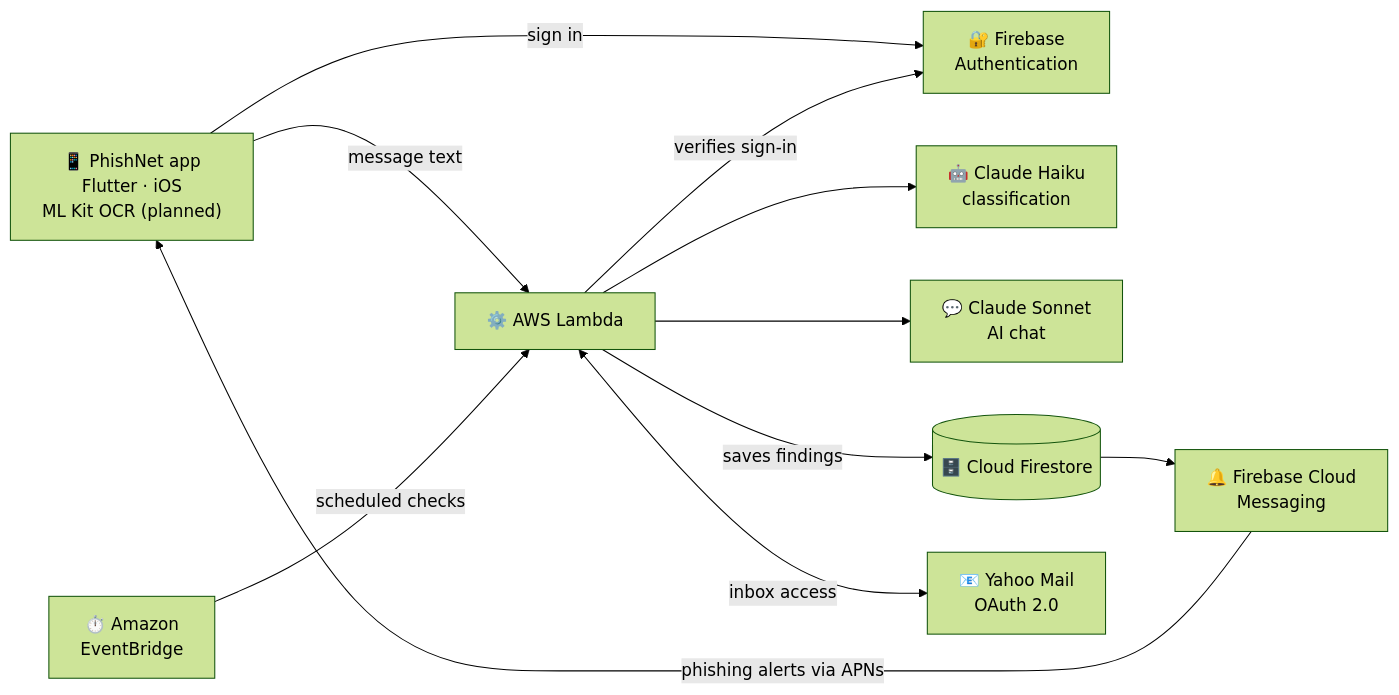
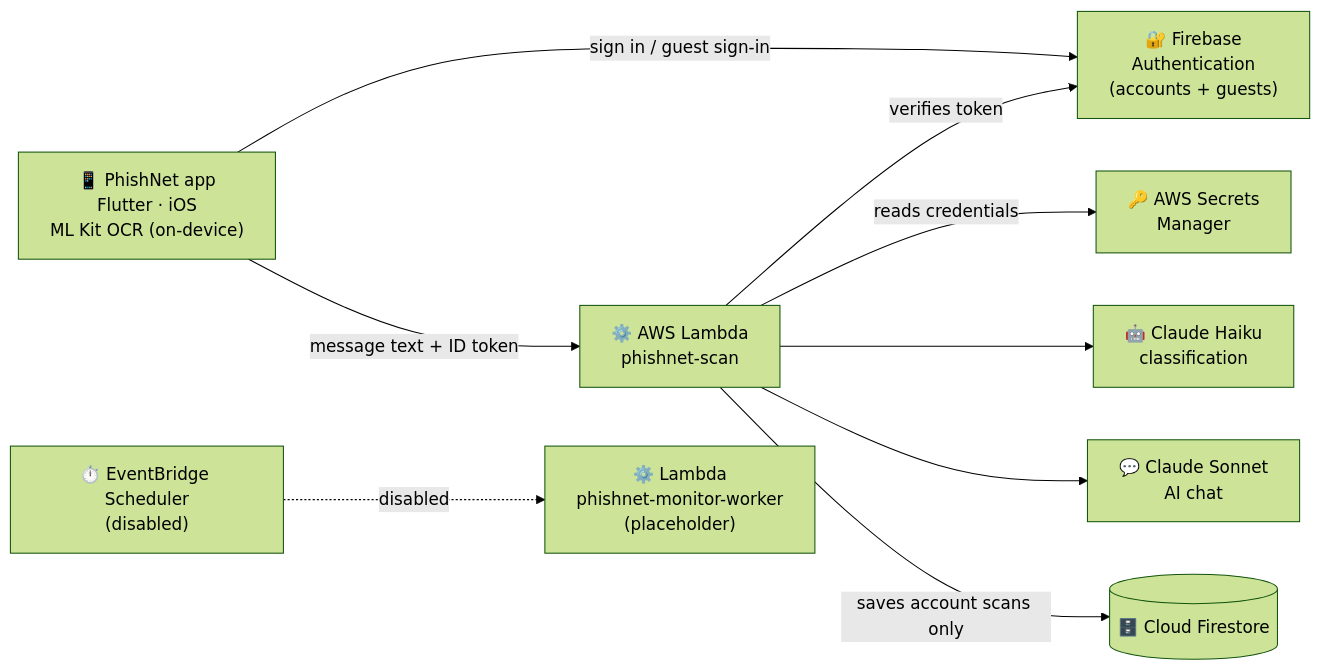
One commit to Shiv05-code/PhishNet changed the diagram in README.md. Above: the diagram before and after it, drawn with Mermaid (forest theme). The commit also changed other lines of this file and 1 other file, not shown here.

Commit message:
Document AWS scan service setup, guest behavior, and scheduled monitoring scaffold

````diff
--- a/README.md
+++ b/README.md
@@ -150,23 +154,21 @@
 ```mermaid
 flowchart LR
-    App["📱 PhishNet app<br/>Flutter · iOS<br/>ML Kit OCR (planned)"]
-    Auth["🔐 Firebase<br/>Authentication"]
-    Lambda["⚙️ AWS Lambda"]
+    App["📱 PhishNet app<br/>Flutter · iOS<br/>ML Kit OCR (on-device)"]
+    Auth["🔐 Firebase<br/>Authentication<br/>(accounts + guests)"]
+    Lambda["⚙️ AWS Lambda<br/>phishnet-scan"]
+    Secrets["🔑 AWS Secrets<br/>Manager"]
     Haiku["🤖 Claude Haiku<br/>classification"]
     Sonnet["💬 Claude Sonnet<br/>AI chat"]
     DB[("🗄️ Cloud Firestore")]
-    FCM["🔔 Firebase Cloud<br/>Messaging"]
-    EB["⏱️ Amazon<br/>EventBridge"]
-    Yahoo["📧 Yahoo Mail<br/>OAuth 2.0"]
+    EB["⏱️ EventBridge Scheduler<br/>(disabled)"]
+    Worker["⚙️ Lambda<br/>phishnet-monitor-worker<br/>(placeholder)"]
 
-    App -->|"sign in"| Auth
-    App -->|"message text"| Lambda
-    Lambda -->|"verifies sign-in"| Auth
+    App -->|"sign in / guest sign-in"| Auth
+    App -->|"message text + ID token"| Lambda
+    Lambda -->|"verifies token"| Auth
+    Lambda -->|"reads credentials"| Secrets
     Lambda --> Haiku
     Lambda --> Sonnet
-    Lambda -->|"saves findings"| DB
-    EB -->|"scheduled checks"| Lambda
-    Lambda <-->|"inbox access"| Yahoo
-    DB --> FCM
-    FCM -->|"phishing alerts via APNs"| App
+    Lambda -->|"saves account scans only"| DB
+    EB -.->|"disabled"| Worker
 ```
````
